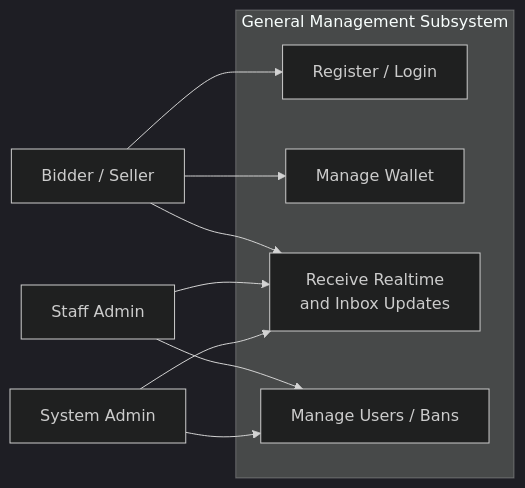
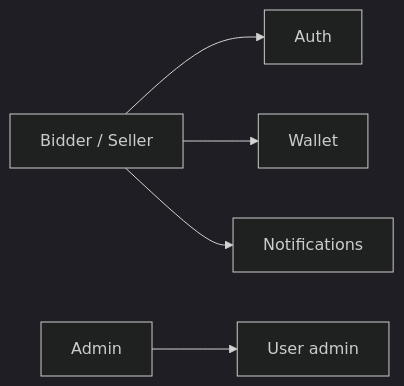
One commit to vuxgiakhanh-source/online-auction-system changed the first of 3 diagrams in UseCaseDiagram.md. Above: the diagram before and after it, drawn with Mermaid (dark theme). The commit also changed other lines of this file and 16 other files, not shown here.

Commit message:
docs: sync auction-server diagrams with implementation and onboarding headers

````diff
--- a/UseCaseDiagram.md
+++ b/UseCaseDiagram.md
@@ -5,21 +12,5 @@
 ```mermaid
 flowchart LR
-    User["Bidder / Seller"]
-    Staff["Staff Admin"]
-    SysAdmin["System Admin"]
-
-    subgraph General["General Management Subsystem"]
-        UCAuth["Register / Login"]
-        UCWallet["Manage Wallet"]
-        UCNotify["Receive Realtime<br/>and Inbox Updates"]
-        UCAdmin["Manage Users / Bans"]
-    end
-
-    User --> UCAuth
-    User --> UCWallet
-    User --> UCNotify
-    Staff --> UCAdmin
-    Staff --> UCNotify
-    SysAdmin --> UCAdmin
-    SysAdmin --> UCNotify
+    U["Bidder / Seller"] --> UC1["Auth"] & UC2["Wallet"] & UC3["Notifications"]
+    ADM["Admin"] --> UC4["User admin"]
 ```
````
